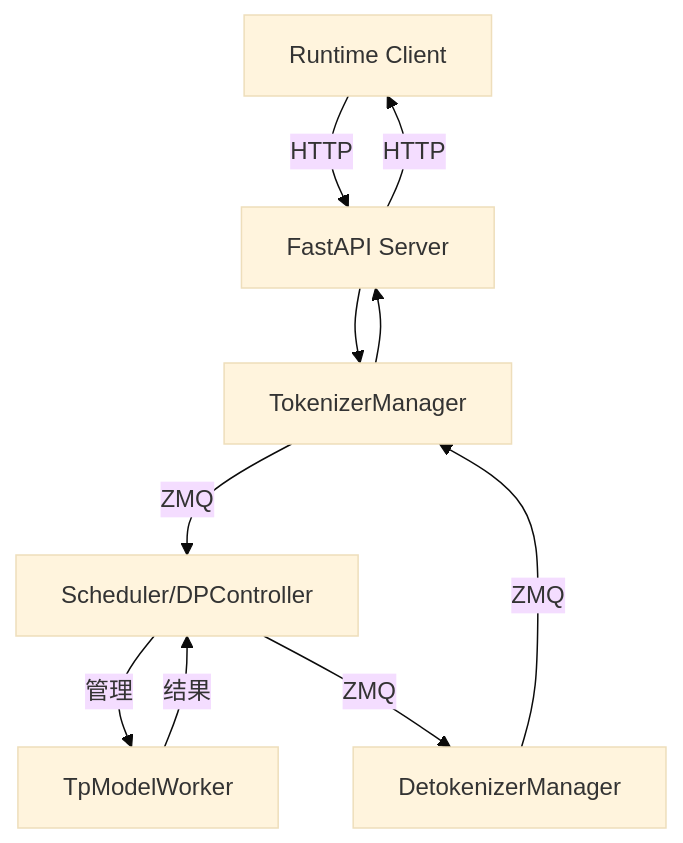
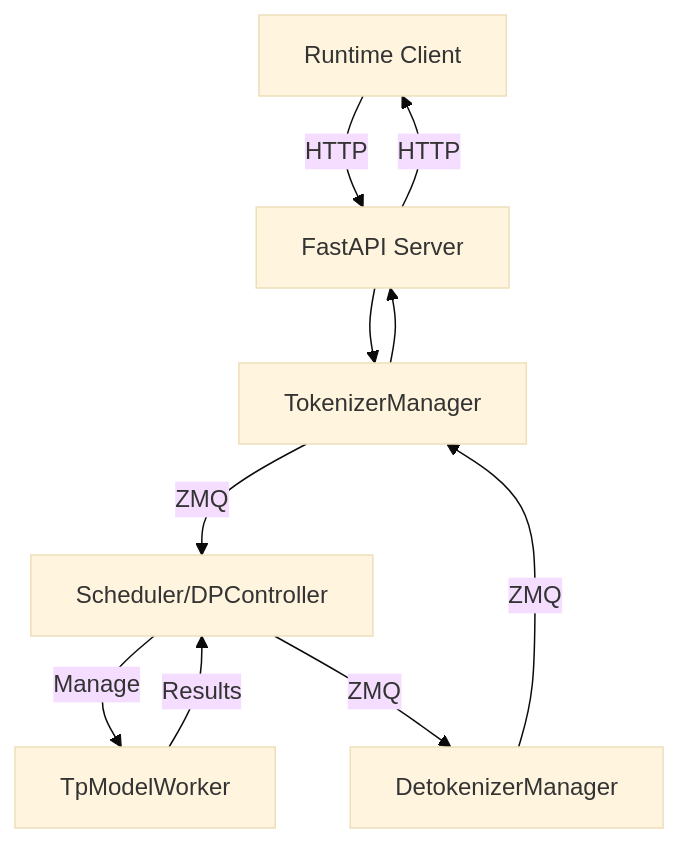
Before and after one commit to zkkython/Awesome-ML-SYS-Tutorial: the second of 2 diagrams in sglang/sglang-worker/readme.md, drawn with Mermaid (base theme). The commit also changed other lines of this file and 2 other files, not shown here.

Commit message:
Update sglang worker

````diff
--- a/sglang/sglang-worker/readme.md
+++ b/sglang/sglang-worker/readme.md
@@ -927,12 +918,12 @@
 ```mermaid
 graph TD
     A[Runtime Client] -->|HTTP| B[FastAPI Server]
     B --> C[TokenizerManager]
     C -->|ZMQ| D[Scheduler/DPController]
-    D -->|管理| E[TpModelWorker]
-    E -->|结果| D
+    D -->|Manage| E[TpModelWorker]
+    E -->|Results| D
     D -->|ZMQ| F[DetokenizerManager]
     F -->|ZMQ| C
     C --> B
     B -->|HTTP| A
 ```
````
